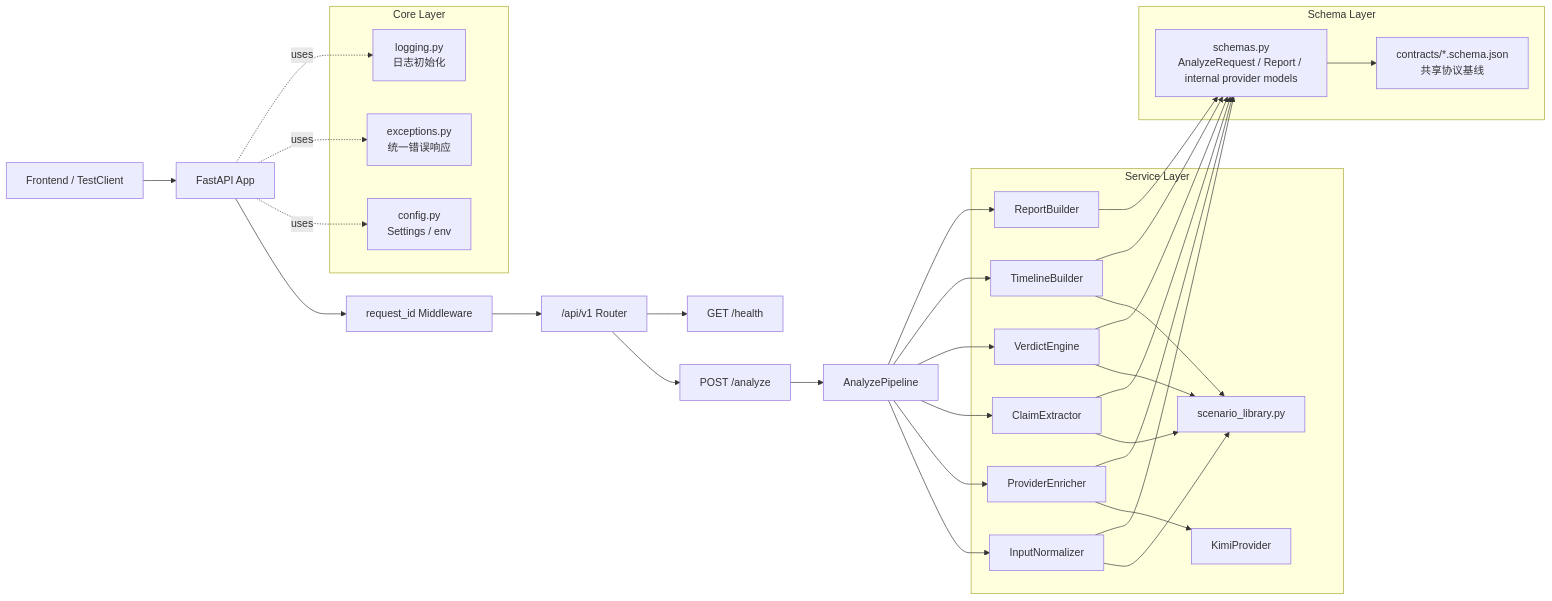
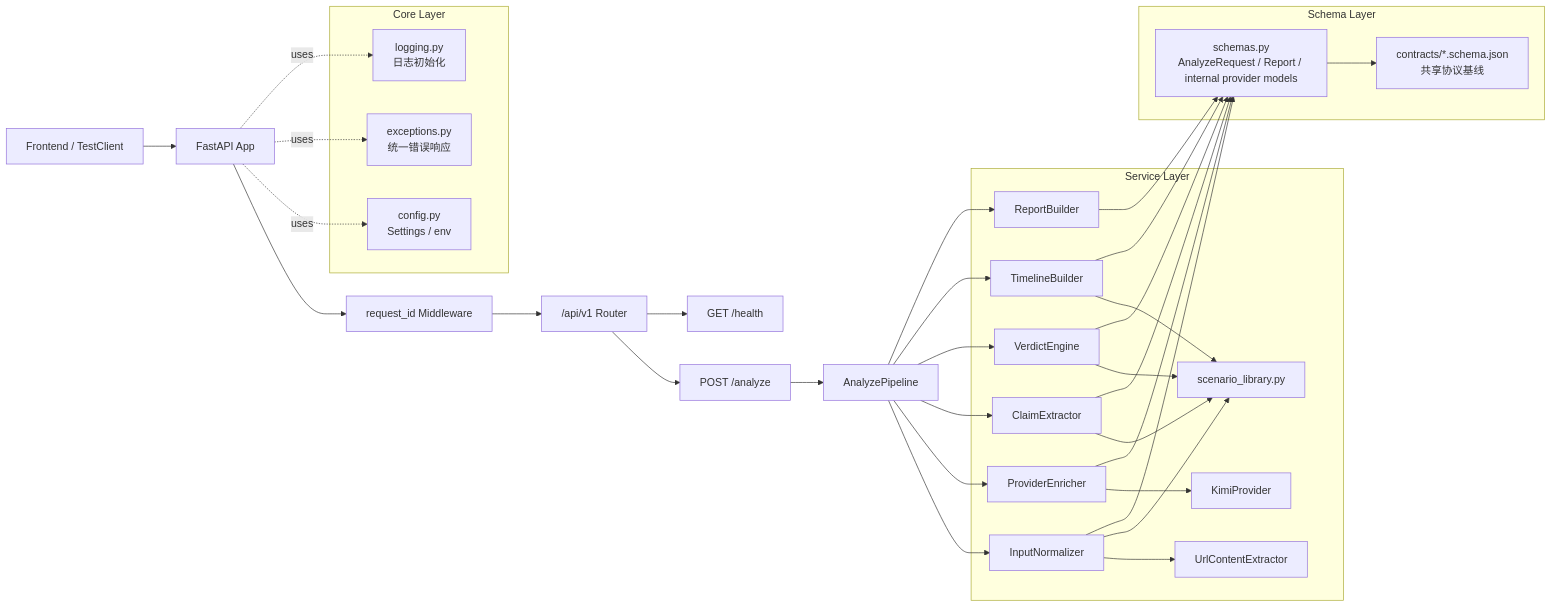
The first of 6 diagrams in backend/docs/api-foundation-implementation-record.md (forwaryan/rumor-checking), drawn with Mermaid before and after one commit. The commit also changed other lines of this file and 42 other files, not shown here.

````diff
--- a/backend/docs/api-foundation-implementation-record.md
+++ b/backend/docs/api-foundation-implementation-record.md
@@ -41,57 +42,59 @@
 ```mermaid
 flowchart LR
     Client["Frontend / TestClient"] --> App["FastAPI App"]
     App --> Middleware["request_id Middleware"]
     Middleware --> Router["/api/v1 Router"]
     Router --> AnalyzeEndpoint["POST /analyze"]
     Router --> HealthEndpoint["GET /health"]
 
     AnalyzeEndpoint --> Pipeline["AnalyzePipeline"]
 
     subgraph Core["Core Layer"]
         Config["config.py\nSettings / env"]
         Exceptions["exceptions.py\n统一错误响应"]
         Logging["logging.py\n日志初始化"]
     end
 
     subgraph Services["Service Layer"]
         Normalizer["InputNormalizer"]
+        UrlExtractor["UrlContentExtractor"]
         ProviderEnricher["ProviderEnricher"]
         KimiProvider["KimiProvider"]
         ClaimExtractor["ClaimExtractor"]
         VerdictEngine["VerdictEngine"]
         TimelineBuilder["TimelineBuilder"]
         ReportBuilder["ReportBuilder"]
         ScenarioLibrary["scenario_library.py"]
     end
 
     subgraph Models["Schema Layer"]
         Schemas["schemas.py\nAnalyzeRequest / Report / internal provider models"]
         Contracts["contracts/*.schema.json\n共享协议基线"]
     end
 
     Pipeline --> Normalizer
+    Normalizer --> UrlExtractor
     Pipeline --> ProviderEnricher
     ProviderEnricher --> KimiProvider
     Pipeline --> ClaimExtractor
     Pipeline --> VerdictEngine
     Pipeline --> TimelineBuilder
     Pipeline --> ReportBuilder
 
     Normalizer --> ScenarioLibrary
     ClaimExtractor --> ScenarioLibrary
     VerdictEngine --> ScenarioLibrary
     TimelineBuilder --> ScenarioLibrary
 
     Normalizer --> Schemas
     ProviderEnricher --> Schemas
     ClaimExtractor --> Schemas
     VerdictEngine --> Schemas
     TimelineBuilder --> Schemas
     ReportBuilder --> Schemas
     Schemas --> Contracts
 
     App -.uses.-> Config
     App -.uses.-> Exceptions
     App -.uses.-> Logging
 ```
````
